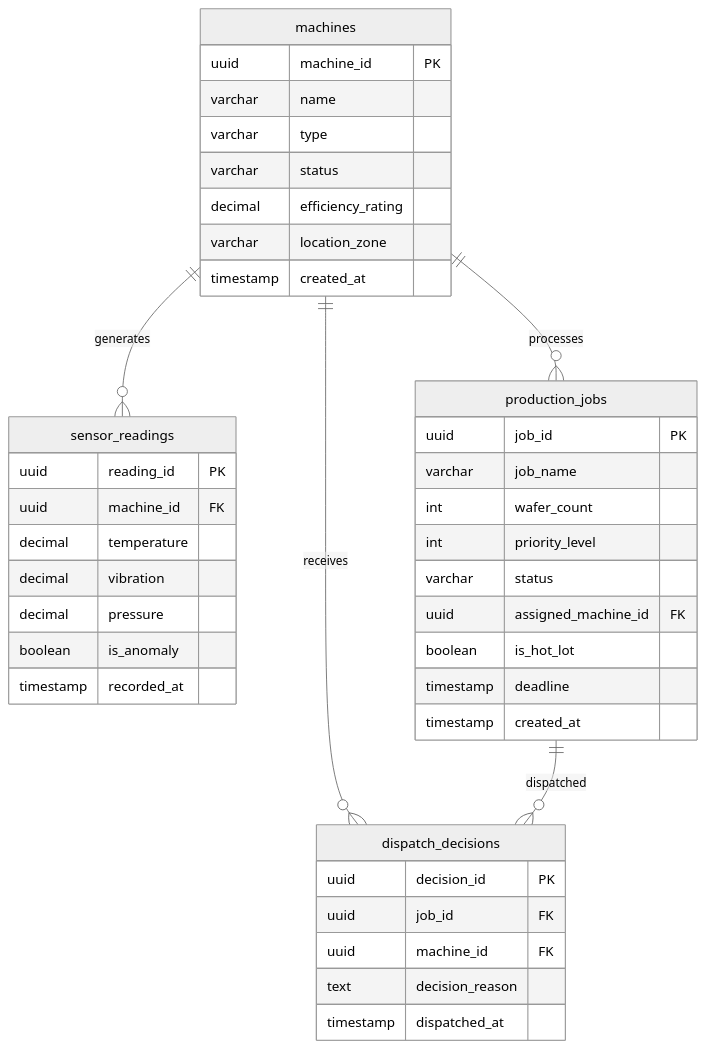
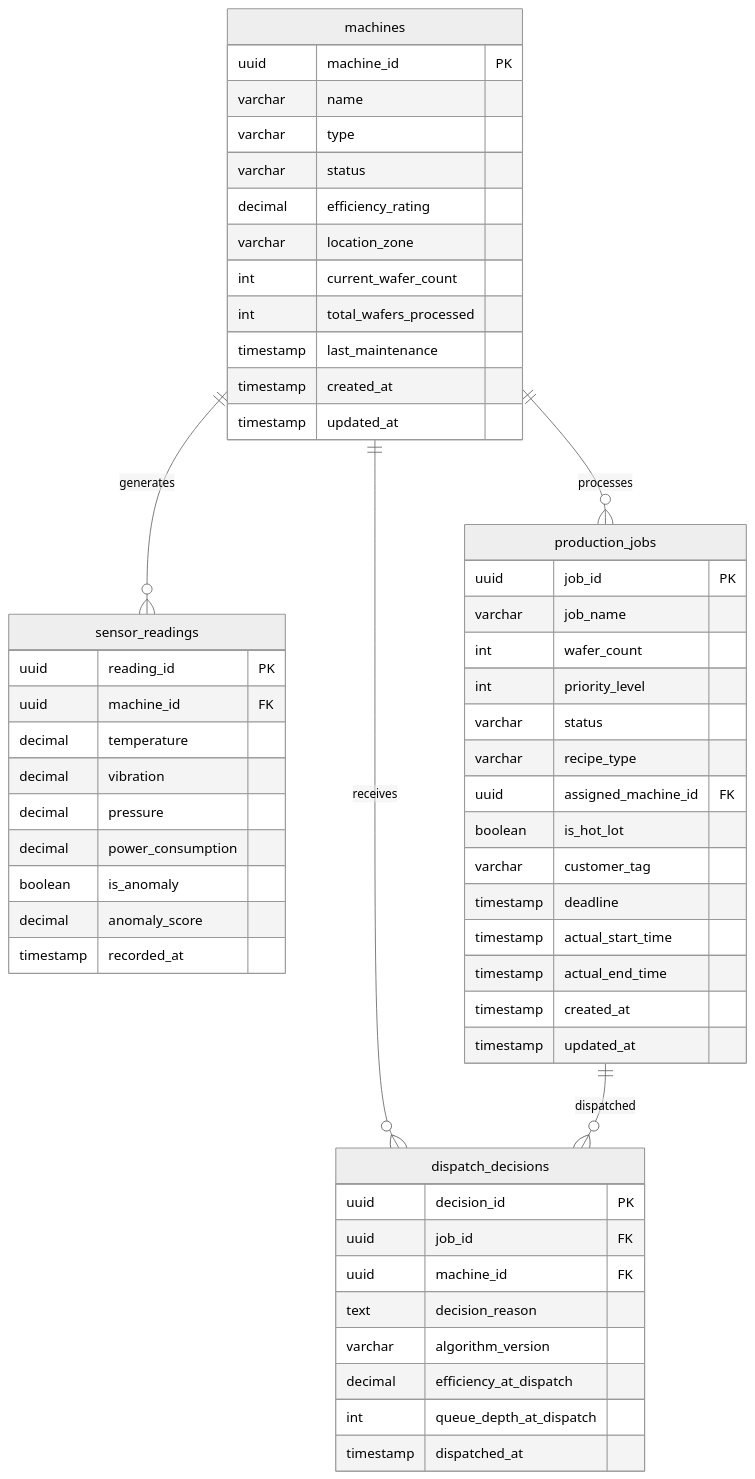
The second of 9 diagrams in Architecture.md (AngelP17/YieldOps), drawn with Mermaid (neutral theme) before and after one commit. The commit also changed other lines of this file and 3 other files, not shown here.

First line of the commit message:
docs: update README and Architecture with comprehensive Mermaid.js diagrams

````diff
--- a/Architecture.md
+++ b/Architecture.md
@@ -92,47 +142,61 @@
 ```mermaid
 erDiagram
     machines {
         uuid machine_id PK
         varchar name
         varchar type
         varchar status
         decimal efficiency_rating
         varchar location_zone
+        int current_wafer_count
+        int total_wafers_processed
+        timestamp last_maintenance
         timestamp created_at
+        timestamp updated_at
     }
     
     sensor_readings {
         uuid reading_id PK
         uuid machine_id FK
         decimal temperature
         decimal vibration
         decimal pressure
+        decimal power_consumption
         boolean is_anomaly
+        decimal anomaly_score
         timestamp recorded_at
     }
     
     production_jobs {
         uuid job_id PK
         varchar job_name
         int wafer_count
         int priority_level
         varchar status
+        varchar recipe_type
         uuid assigned_machine_id FK
         boolean is_hot_lot
+        varchar customer_tag
         timestamp deadline
+        timestamp actual_start_time
+        timestamp actual_end_time
         timestamp created_at
+        timestamp updated_at
     }
     
     dispatch_decisions {
         uuid decision_id PK
         uuid job_id FK
         uuid machine_id FK
         text decision_reason
+        varchar algorithm_version
+        decimal efficiency_at_dispatch
+        int queue_depth_at_dispatch
         timestamp dispatched_at
     }
     
     machines ||--o{ sensor_readings : "generates"
     machines ||--o{ dispatch_decisions : "receives"
     production_jobs ||--o{ dispatch_decisions : "dispatched"
     machines ||--o{ production_jobs : "processes"
 ```
````
